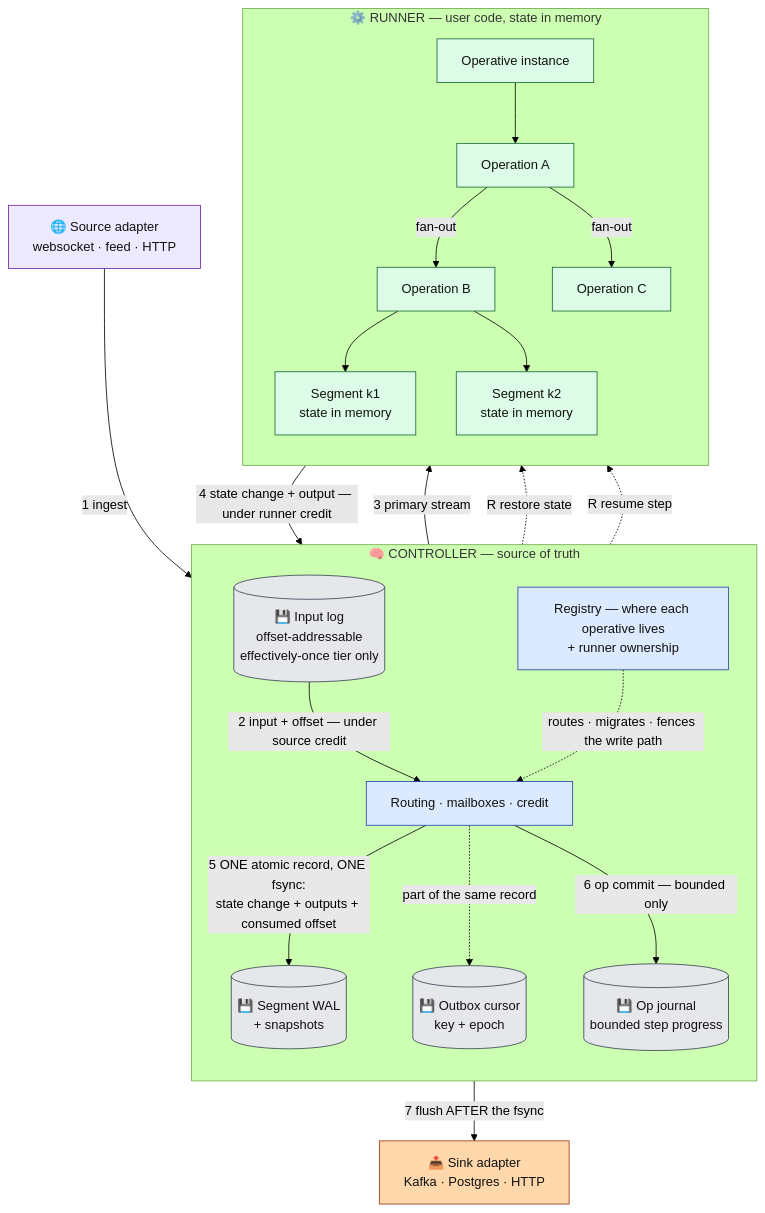
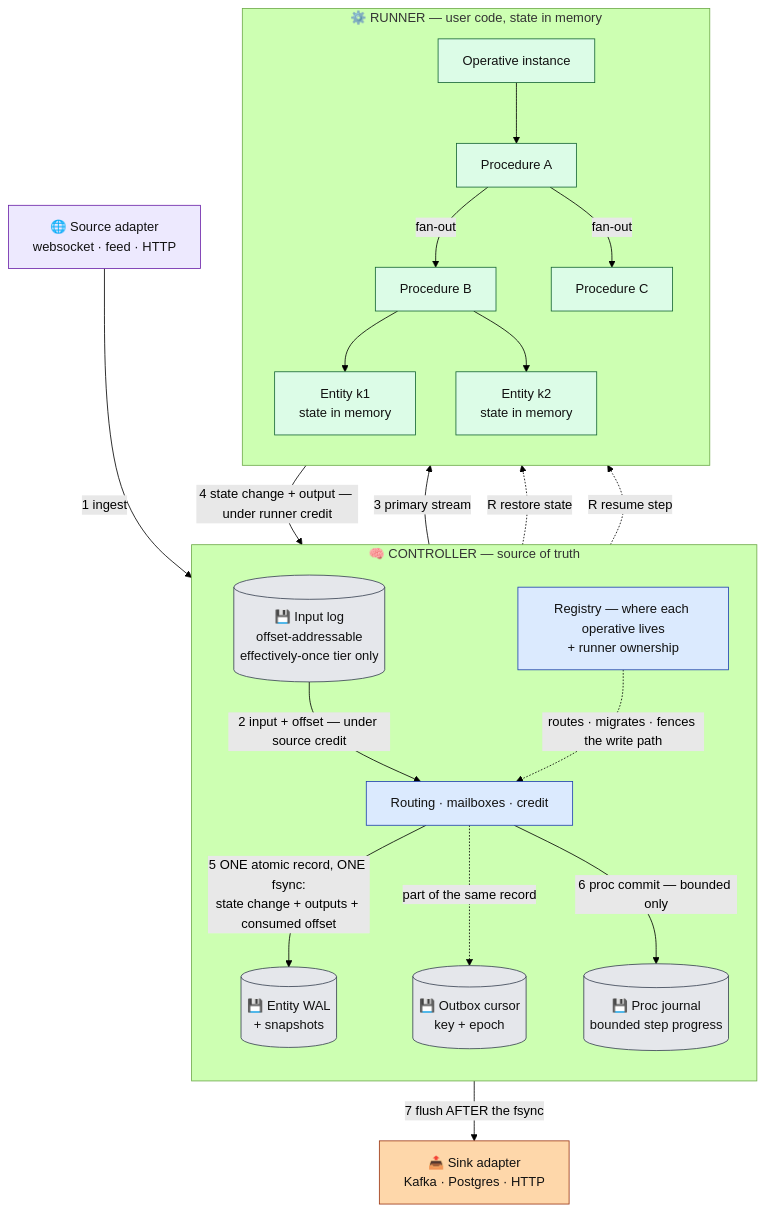
Before and after one commit to Flezha/flezha: the fourth of 9 diagrams in docs/architecture/README.md, drawn with Mermaid (forest theme). The commit also changed other lines of this file and 658 other files, not shown here.

````diff
--- a/docs/architecture/README.md
+++ b/docs/architecture/README.md
@@ -91,48 +162,48 @@
 ```mermaid
 flowchart TB
     SRC["🌐 Source adapter<br/>websocket · feed · HTTP"]:::src
     SINK["📤 Sink adapter<br/>Kafka · Postgres · HTTP"]:::sink
 
     subgraph CTRL["🧠 CONTROLLER — source of truth"]
         direction TB
         INLOG[("💾 Input log<br/>offset-addressable<br/>effectively-once tier only")]:::store
         ROUTE["Routing · mailboxes · credit"]:::ctrl
-        WAL[("💾 Segment WAL<br/>+ snapshots")]:::store
-        JRN[("💾 Op journal<br/>bounded step progress")]:::store
+        WAL[("💾 Entity WAL<br/>+ snapshots")]:::store
+        JRN[("💾 Proc journal<br/>bounded step progress")]:::store
         OBX[("💾 Outbox cursor<br/>key + epoch")]:::store
         REG["Registry — where each operative lives<br/>+ runner ownership"]:::ctrl
     end
 
     subgraph EXEC["⚙️ RUNNER — user code, state in memory"]
         direction TB
         OPV["Operative instance"]:::exec
-        OPA["Operation A"]:::exec
-        OPB["Operation B"]:::exec
-        OPC["Operation C"]:::exec
-        SB1["Segment k1<br/>state in memory"]:::exec
-        SB2["Segment k2<br/>state in memory"]:::exec
+        OPA["Procedure A"]:::exec
+        OPB["Procedure B"]:::exec
+        OPC["Procedure C"]:::exec
+        SB1["Entity k1<br/>state in memory"]:::exec
+        SB2["Entity k2<br/>state in memory"]:::exec
         OPV --> OPA
         OPA -->|"fan-out"| OPB
         OPA -->|"fan-out"| OPC
         OPB --> SB1
         OPB --> SB2
     end
 
     SRC -->|"1 ingest"| INLOG
     INLOG -->|"2 input + offset — under source credit"| ROUTE
     ROUTE -->|"3 primary stream"| OPV
     OPV -->|"4 state change + output — under runner credit"| ROUTE
     ROUTE -->|"5 ONE atomic record, ONE fsync:<br/>state change + outputs + consumed offset"| WAL
     ROUTE -.->|"part of the same record"| OBX
-    ROUTE -->|"6 op commit — bounded only"| JRN
+    ROUTE -->|"6 proc commit — bounded only"| JRN
     OBX -->|"7 flush AFTER the fsync"| SINK
     WAL -.->|"R restore state"| OPV
     JRN -.->|"R resume step"| OPV
     REG -.->|"routes · migrates · fences the write path"| ROUTE
 
     classDef ctrl fill:#dbeafe,stroke:#1e40af,color:#111
     classDef exec fill:#dcfce7,stroke:#166534,color:#111
     classDef sink fill:#fed7aa,stroke:#9a3412,color:#111
     classDef src fill:#ede9fe,stroke:#6b21a8,color:#111
     classDef store fill:#e5e7eb,stroke:#374151,color:#111
 ```
````
